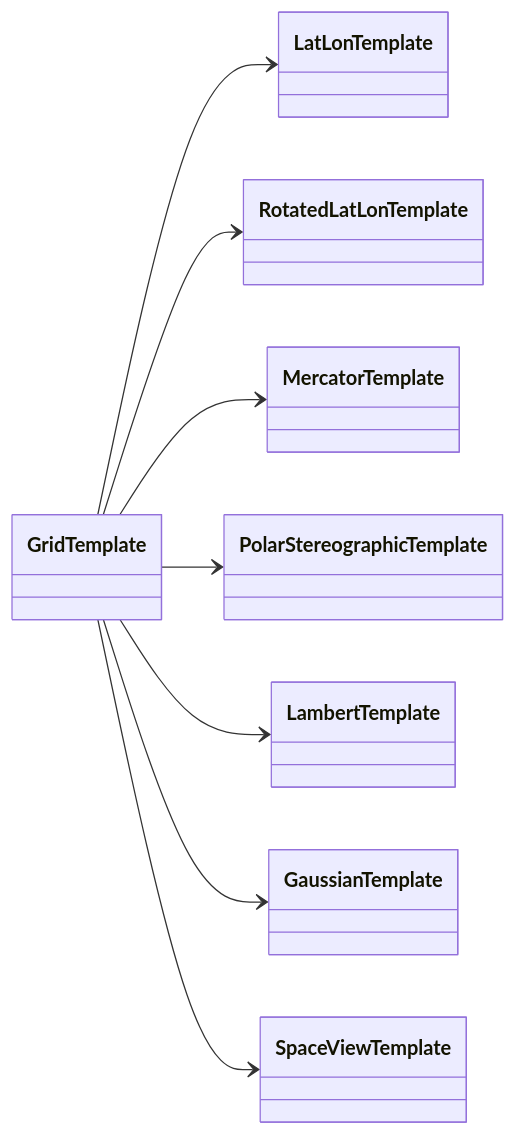
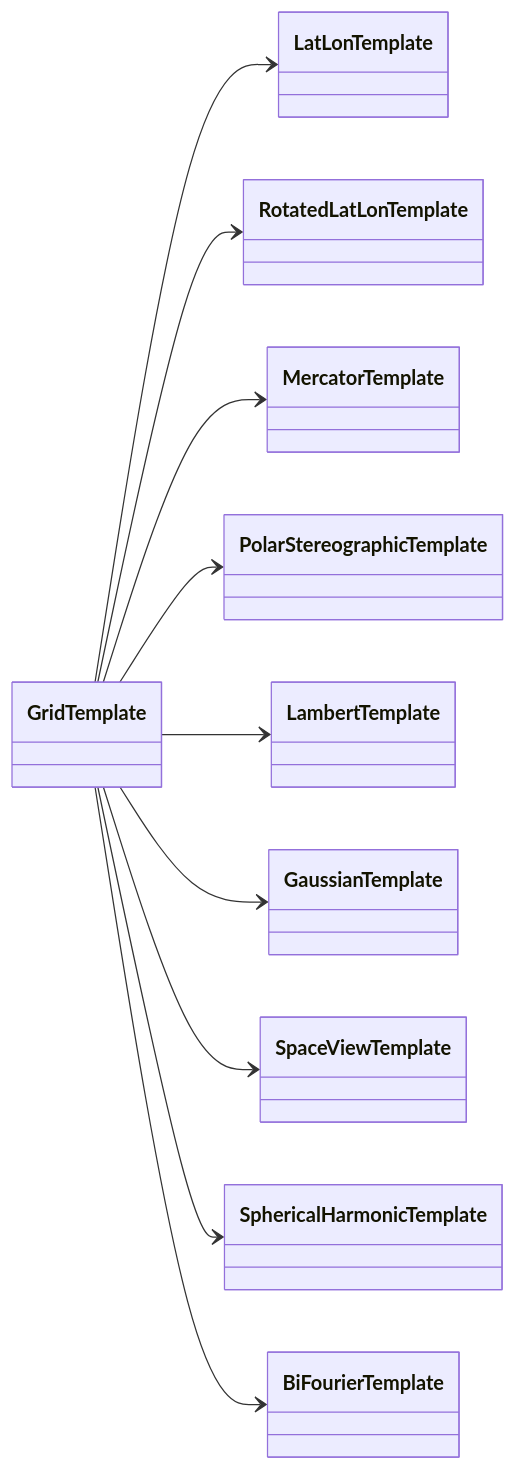
One commit to D0ubleD0uble/fieldglass changed the second of 6 diagrams in docs/architecture/03-composition.md. Above: the diagram before and after it, drawn with Mermaid. The commit also changed other lines of this file, not shown here.

First line of the commit message:
docs: bring 03-composition diagrams up to date with current templates and handles (#428)

````diff
--- a/docs/architecture/03-composition.md
+++ b/docs/architecture/03-composition.md
@@ -36,11 +36,13 @@
 ```mermaid
 classDiagram
     direction LR
     GridTemplate --> LatLonTemplate
     GridTemplate --> RotatedLatLonTemplate
     GridTemplate --> MercatorTemplate
     GridTemplate --> PolarStereographicTemplate
     GridTemplate --> LambertTemplate
     GridTemplate --> GaussianTemplate
     GridTemplate --> SpaceViewTemplate
+    GridTemplate --> SphericalHarmonicTemplate
+    GridTemplate --> BiFourierTemplate
 ```
````
